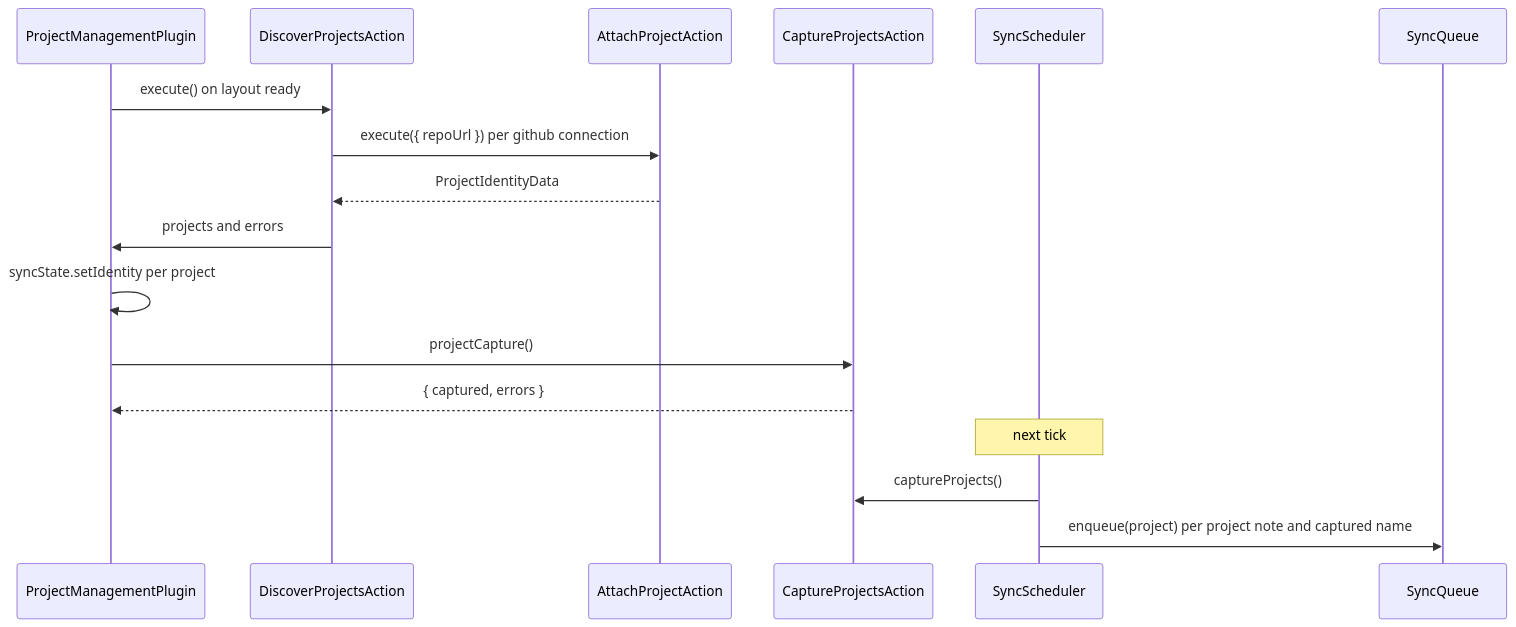
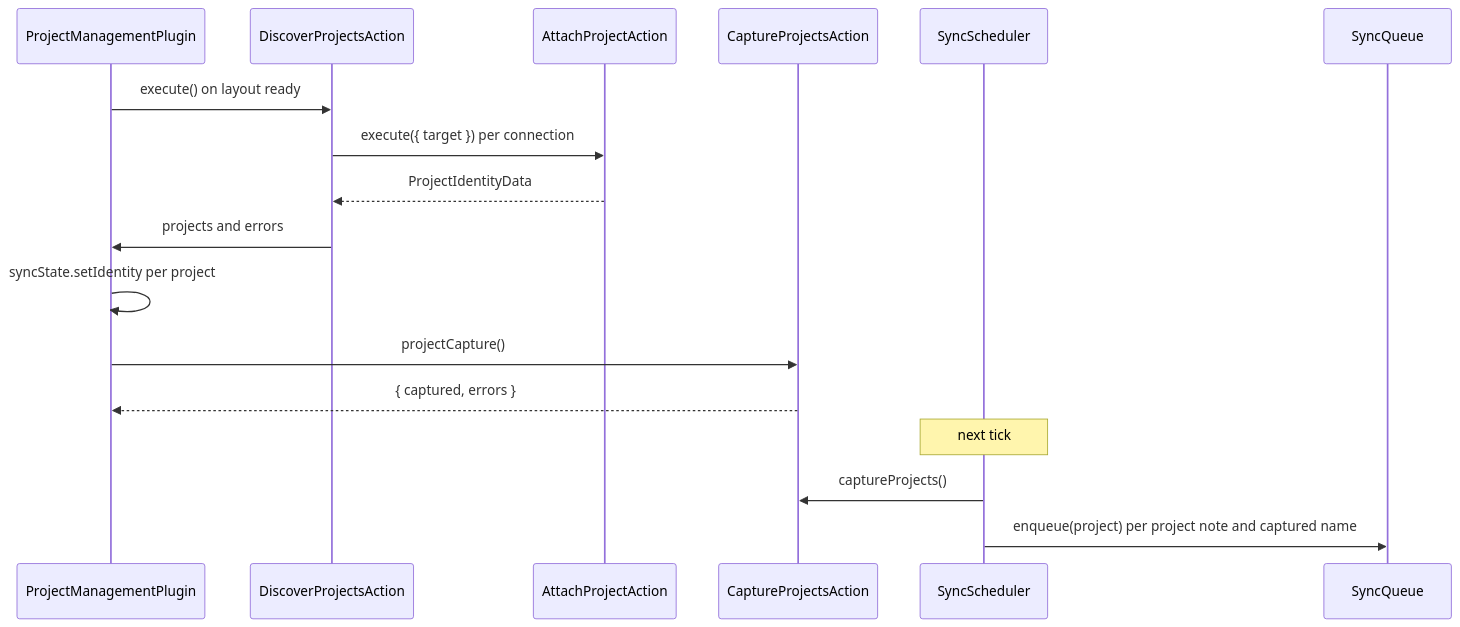
One commit to 99linesofcode/obsidian-project-management changed the first of 18 diagrams in docs/developer-manual.md. Above: the diagram before and after it, drawn with Mermaid. The commit also changed other lines of this file and 15 other files, not shown here.

````diff
--- a/docs/developer-manual.md
+++ b/docs/developer-manual.md
@@ -195,20 +195,20 @@
 ```mermaid
 sequenceDiagram
   participant P as ProjectManagementPlugin
   participant D as DiscoverProjectsAction
   participant A as AttachProjectAction
   participant Cap as CaptureProjectsAction
   participant Sched as SyncScheduler
   participant Q as SyncQueue
 
   P->>D: execute() on layout ready
-  D->>A: execute({ repoUrl }) per github connection
+  D->>A: execute({ target }) per connection
   A-->>D: ProjectIdentityData
   D->>P: projects and errors
   P->>P: syncState.setIdentity per project
   P->>Cap: projectCapture()
   Cap-->>P: { captured, errors }
   Note over Sched: next tick
   Sched->>Cap: captureProjects()
   Sched->>Q: enqueue(project) per project note and captured name
 ```
````
